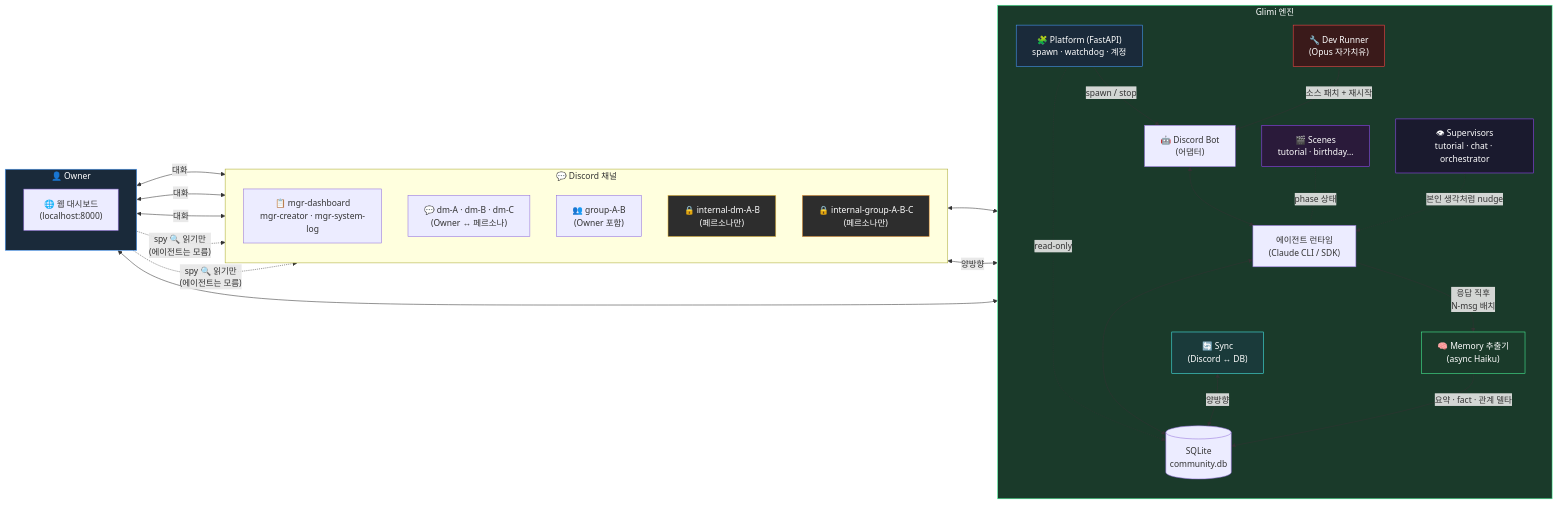
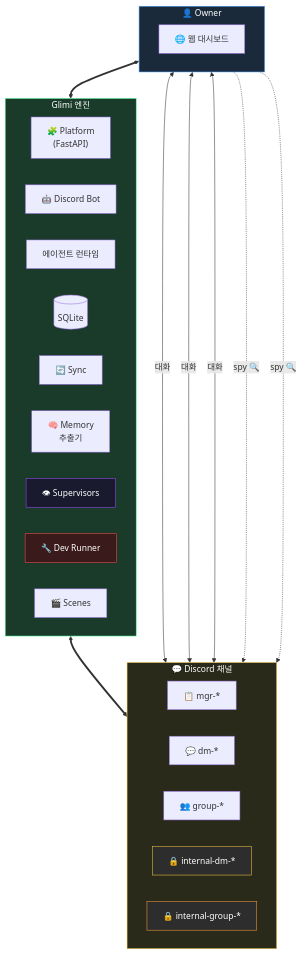
Before and after one commit to je-empty/Glimi: the first of 6 diagrams in README.ko.md, drawn with Mermaid. The commit also changed other lines of this file and 2 other files, not shown here.

First line of the commit message:
docs: README 톤 정돈 + long-form blog 분리 + mermaid 레이아웃 정리

````diff
--- a/README.ko.md
+++ b/README.ko.md
@@ -21,56 +21,41 @@
 ```mermaid
-flowchart LR
+flowchart TB
     subgraph Owner["👤 Owner"]
-        direction TB
-        Browser["🌐 웹 대시보드<br/>(localhost:8000)"]
+        Browser["🌐 웹 대시보드"]
     end
 
     subgraph Engine["Glimi 엔진"]
-        direction TB
-        Plat["🧩 Platform (FastAPI)<br/>spawn · watchdog · 계정"]
-        Bot["🤖 Discord Bot<br/>(어댑터)"]
-        Runtime["에이전트 런타임<br/>(Claude CLI / SDK)"]
-        Scenes["🎬 Scenes<br/>tutorial · birthday…"]
-        Memory["🧠 Memory 추출기<br/>(async Haiku)"]
-        DB[("SQLite<br/>community.db")]
-        Sync["🔄 Sync<br/>(Discord ↔ DB)"]
-        DevRunner["🔧 Dev Runner<br/>(Opus 자가치유)"]
-        Sups["👁 Supervisors<br/>tutorial · chat · orchestrator"]
+        direction LR
+        Plat["🧩 Platform<br/>(FastAPI)"]
+        Bot["🤖 Discord Bot"]
+        Runtime["에이전트 런타임"]
+        DB[("SQLite")]
+        Sync["🔄 Sync"]
+        Memory["🧠 Memory<br/>추출기"]
+        Sups["👁 Supervisors"]
+        DevRunner["🔧 Dev Runner"]
+        Scenes["🎬 Scenes"]
     end
 
     subgraph Discord["💬 Discord 채널"]
-        direction TB
-        Mgr["📋 mgr-dashboard<br/>mgr-creator · mgr-system-log"]
-        DM["💬 dm-A · dm-B · dm-C<br/>(Owner ↔ 페르소나)"]
-        Grp["👥 group-A-B<br/>(Owner 포함)"]
-        SecDM["🔒 internal-dm-A-B<br/>(페르소나만)"]
-        SecGrp["🔒 internal-group-A-B-C<br/>(페르소나만)"]
+        direction LR
+        Mgr["📋 mgr-*"]
+        DM["💬 dm-*"]
+        Grp["👥 group-*"]
+        SecDM["🔒 internal-dm-*"]
+        SecGrp["🔒 internal-group-*"]
     end
 
-    Browser <--> Plat
-    Plat -->|"spawn / stop"| Bot
-    Plat -. "read-only" .-> DB
-
-    Owner <-->|"대화"| Mgr & DM & Grp
-    Owner -. "spy 🔍 읽기만<br/>(에이전트는 모름)" .-> SecDM & SecGrp
-    Discord <--> Bot
-    Bot <--> Runtime
-    Runtime <--> DB
-    Scenes -. "phase 상태" .- Runtime
-    Sync <-->|"양방향"| DB & Discord
-    DevRunner -->|"소스 패치 + 재시작"| Bot
-    Sups -. "본인 생각처럼 nudge" .-> Runtime
-    Runtime -->|"응답 직후<br/>N-msg 배치"| Memory
-    Memory -->|"요약 · fact · 관계 델타"| DB
+    Owner <==> Engine
+    Engine <==> Discord
+    Owner <-->|대화| Mgr & DM & Grp
+    Owner -. "spy 🔍" .-> SecDM & SecGrp
 
     style Owner fill:#1a2a3a,stroke:#4a9eff,color:#fff
     style Engine fill:#1a3a2a,stroke:#4aff9e,color:#fff
-    style Plat fill:#1a2a3a,stroke:#4a9eff,color:#fff
-    style Scenes fill:#2a1a3a,stroke:#9a4aff,color:#fff
-    style Memory fill:#1a3a2a,stroke:#4aff9e,color:#fff
-    style Sync fill:#1a3a3a,stroke:#4af5f5,color:#fff
+    style Discord fill:#2a2a1a,stroke:#f5c542,color:#fff
+    style SecDM fill:#2d2d2d,stroke:#f5c542,color:#fff
+    style SecGrp fill:#2d2d2d,stroke:#f5a142,color:#fff
     style Sups fill:#1a1a2e,stroke:#9a4aff,color:#fff
     style DevRunner fill:#3a1a1a,stroke:#ff4a4a,color:#fff
-    style SecDM fill:#2d2d2d,stroke:#f5c542,color:#fff
-    style SecGrp fill:#2d2d2d,stroke:#f5a142,color:#fff
 ```
````
